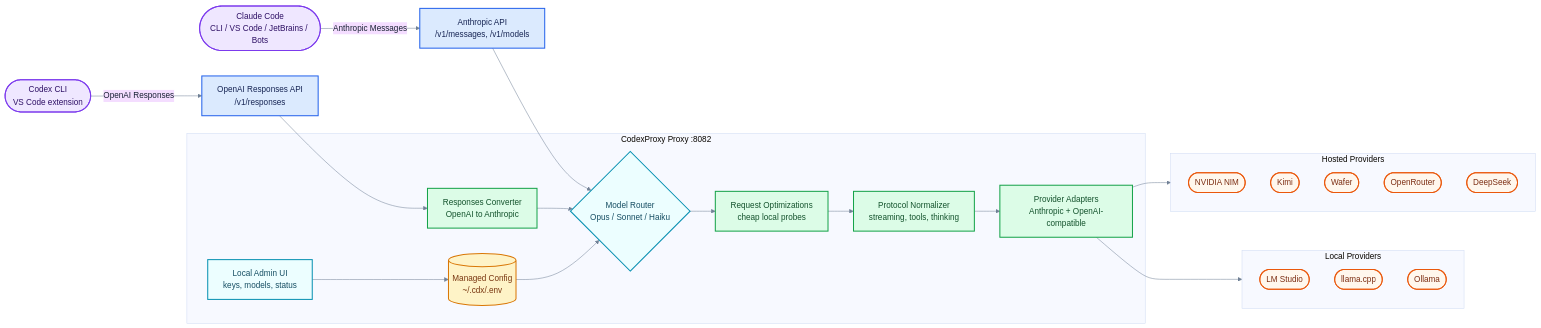
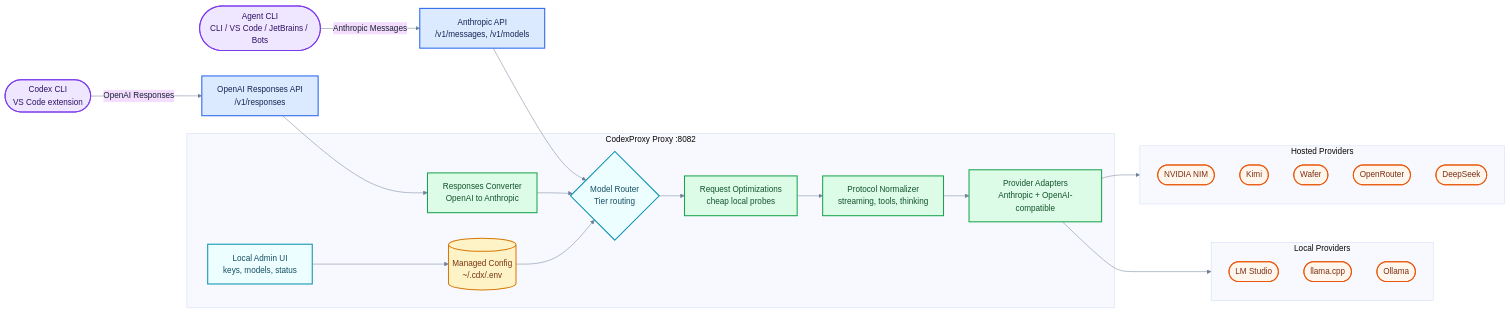
Before and after one commit to chrometechhype/codexproxy: the diagram in assets/how-it-works.mmd, drawn with Mermaid. The commit also changed 34 other files, not shown here.

```diff
--- a/assets/how-it-works.mmd
+++ b/assets/how-it-works.mmd
@@ -1,57 +1,57 @@
 %%{init: {"theme": "base", "themeVariables": {"fontFamily": "Inter, ui-sans-serif, system-ui, Segoe UI, Arial", "background": "transparent", "primaryTextColor": "#172033", "lineColor": "#718096"}}}%%
 flowchart LR
-    claudeClient(["Claude Code<br/>CLI / VS Code / JetBrains / Bots"])
+    claudeClient(["Agent CLI<br/>CLI / VS Code / JetBrains / Bots"])
     codexClient(["Codex CLI<br/>VS Code extension"])
     messagesApi["Anthropic API<br/>/v1/messages, /v1/models"]
     responsesApi["OpenAI Responses API<br/>/v1/responses"]
 
     subgraph proxy["CodexProxy Proxy :8082"]
         admin["Local Admin UI<br/>keys, models, status"]
         config[("Managed Config<br/>~/.cdx/.env")]
         convert["Responses Converter<br/>OpenAI to Anthropic"]
-        router{"Model Router<br/>Opus / Sonnet / Haiku"}
+        router{"Model Router<br/>Tier routing"}
         optimize["Request Optimizations<br/>cheap local probes"]
         normalize["Protocol Normalizer<br/>streaming, tools, thinking"]
         adapters["Provider Adapters<br/>Anthropic + OpenAI-compatible"]
     end
 
     subgraph hosted["Hosted Providers"]
         nim(["NVIDIA NIM"])
         kimi(["Kimi"])
         wafer(["Wafer"])
         openrouter(["OpenRouter"])
         deepseek(["DeepSeek"])
     end
 
     subgraph local["Local Providers"]
         lmstudio(["LM Studio"])
         llamacpp(["llama.cpp"])
         ollama(["Ollama"])
     end
 
     claudeClient -->|"Anthropic Messages"| messagesApi
     codexClient -->|"OpenAI Responses"| responsesApi
     messagesApi --> router
     responsesApi --> convert
     convert --> router
     admin --> config
     config --> router
     router --> optimize
     optimize --> normalize
     normalize --> adapters
     adapters --> hosted
     adapters --> local
 
     classDef client fill:#efe7ff,stroke:#7c3aed,stroke-width:2px,color:#2e1065;
     classDef api fill:#dbeafe,stroke:#2563eb,stroke-width:2px,color:#172554;
     classDef proxy fill:#ecfeff,stroke:#0891b2,stroke-width:2px,color:#164e63;
     classDef config fill:#fef3c7,stroke:#d97706,stroke-width:2px,color:#78350f;
     classDef transform fill:#dcfce7,stroke:#16a34a,stroke-width:2px,color:#14532d;
     classDef provider fill:#fff7ed,stroke:#ea580c,stroke-width:2px,color:#7c2d12;
 
     class claudeClient,codexClient client;
     class messagesApi,responsesApi api;
     class admin,router proxy;
     class config config;
     class convert,optimize,normalize,adapters transform;
     class nim,kimi,wafer,openrouter,deepseek,lmstudio,llamacpp,ollama provider;
```
